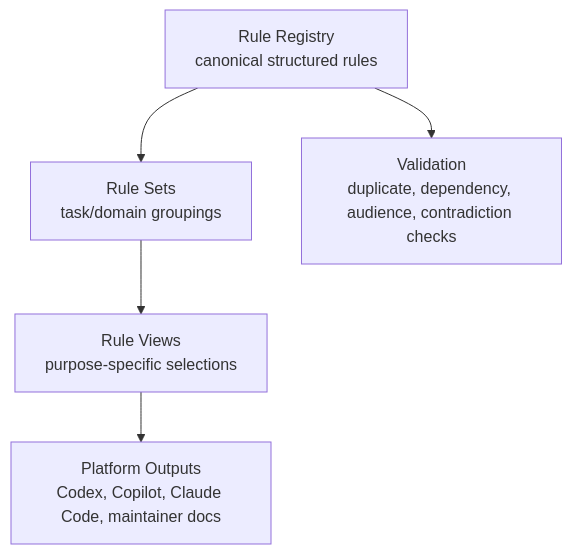
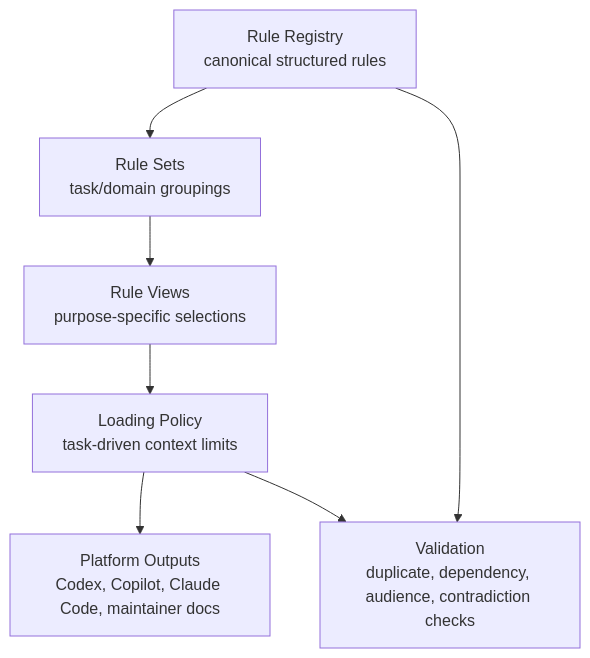
The diagram in tools/MaintainerAIWorkspace/AI_RULE_INFORMATION_ARCHITECTURE.md (LukasChen/EFrameWork), drawn with Mermaid before and after one commit. The commit also changed other lines of this file and 4 other files, not shown here.

Commit message:
Add AI rule loading policy draft

````diff
--- a/tools/MaintainerAIWorkspace/AI_RULE_INFORMATION_ARCHITECTURE.md
+++ b/tools/MaintainerAIWorkspace/AI_RULE_INFORMATION_ARCHITECTURE.md
@@ -15,7 +15,9 @@
 ```mermaid
 graph TD
     A["Rule Registry<br/>canonical structured rules"] --> B["Rule Sets<br/>task/domain groupings"]
     B --> C["Rule Views<br/>purpose-specific selections"]
-    C --> D["Platform Outputs<br/>Codex, Copilot, Claude Code, maintainer docs"]
+    C --> D["Loading Policy<br/>task-driven context limits"]
+    D --> E["Platform Outputs<br/>Codex, Copilot, Claude Code, maintainer docs"]
     A --> F["Validation<br/>duplicate, dependency, audience, contradiction checks"]
+    D --> F
 ```
````
